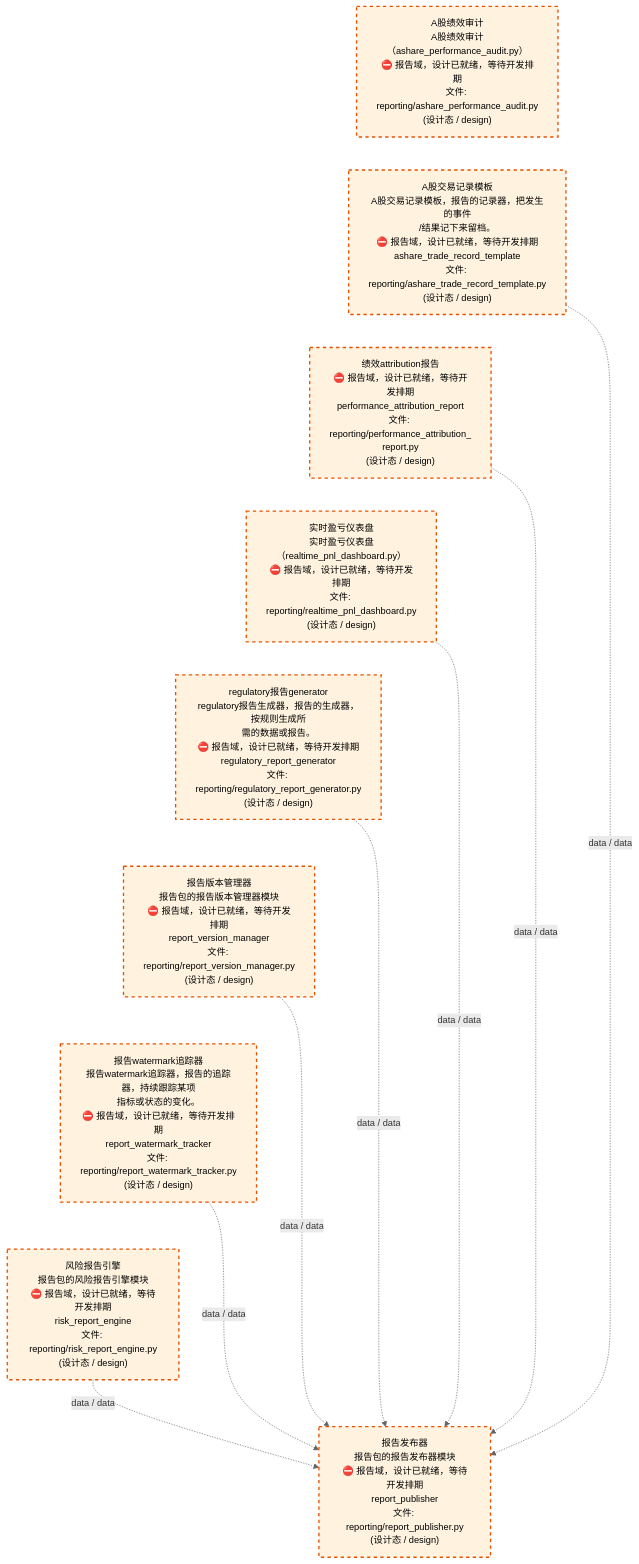
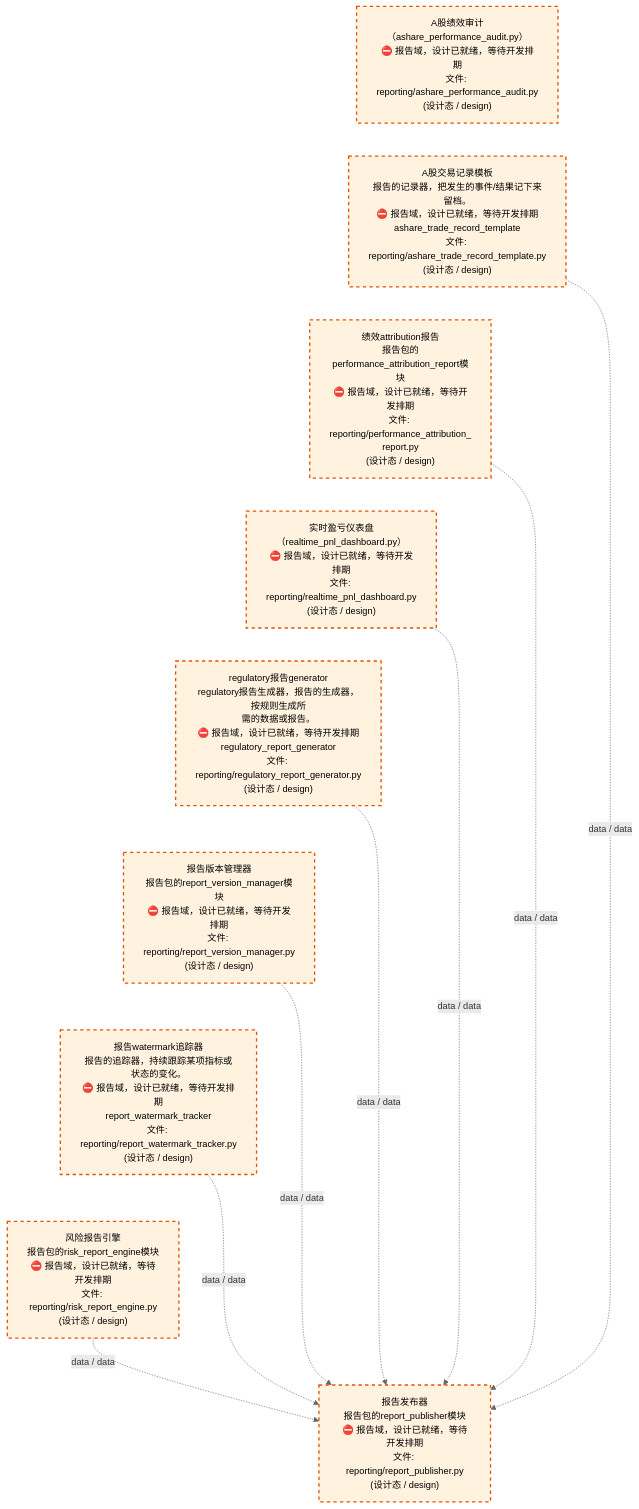
One commit to xuanFelixVan/ZephyrAlpha changed the third of 4 diagrams in docs/02_enterprise_architecture/02_domain_architecture_docs/26_d_reporting.md. Above: the diagram before and after it, drawn with Mermaid. The commit also changed other lines of this file and 61 other files, not shown here.

````diff
--- a/docs/02_enterprise_architecture/02_domain_architecture_docs/26_d_reporting.md
+++ b/docs/02_enterprise_architecture/02_domain_architecture_docs/26_d_reporting.md
@@ -137,32 +137,32 @@
 ```mermaid
 %%{init: {'theme': 'base', 'themeVariables': {'primaryColor': '#eaeaea', 'primaryTextColor': '#333333', 'primaryBorderColor': '#666666', 'lineColor': '#666666', 'secondaryColor': '#eaeaea', 'tertiaryColor': '#eaeaea', 'fontSize': '14px'}}}%%
 flowchart TD
-    src_zephyr_reporting_ashare_performance_audit_py["A股绩效审计<br/>A股绩效审计（ashare_performance_audit.py）<br/>⛔ 报告域，设计已就绪，等待开发排期<br/>文件: reporting/ashare_performance_audit.py<br/>(设计态 / design)"]
-    src_zephyr_reporting_ashare_trade_record_template_py["A股交易记录模板<br/>A股交易记录模板，报告的记录器，把发生的事件<br/>/结果记下来留档。<br/>⛔ 报告域，设计已就绪，等待开发排期<br/>ashare_trade_record_template<br/>文件: reporting/ashare_trade_record_template.py<br/>(设计态 / design)"]
-    src_zephyr_reporting_performance_attribution_report_py["绩效attribution报告<br/>⛔ 报告域，设计已就绪，等待开发排期<br/>performance_attribution_report<br/>文件: reporting/performance_attribution_<br/>report.py<br/>(设计态 / design)"]
-    src_zephyr_reporting_realtime_pnl_dashboard_py["实时盈亏仪表盘<br/>实时盈亏仪表盘（realtime_pnl_dashboard.py）<br/>⛔ 报告域，设计已就绪，等待开发排期<br/>文件: reporting/realtime_pnl_dashboard.py<br/>(设计态 / design)"]
+    src_zephyr_reporting_ashare_performance_audit_py["A股绩效审计<br/>（ashare_performance_audit.py）<br/>⛔ 报告域，设计已就绪，等待开发排期<br/>文件: reporting/ashare_performance_audit.py<br/>(设计态 / design)"]
+    src_zephyr_reporting_ashare_trade_record_template_py["A股交易记录模板<br/>报告的记录器，把发生的事件/结果记下来留档。<br/>⛔ 报告域，设计已就绪，等待开发排期<br/>ashare_trade_record_template<br/>文件: reporting/ashare_trade_record_template.py<br/>(设计态 / design)"]
+    src_zephyr_reporting_performance_attribution_report_py["绩效attribution报告<br/>报告包的performance_attribution_report模块<br/>⛔ 报告域，设计已就绪，等待开发排期<br/>文件: reporting/performance_attribution_<br/>report.py<br/>(设计态 / design)"]
+    src_zephyr_reporting_realtime_pnl_dashboard_py["实时盈亏仪表盘<br/>（realtime_pnl_dashboard.py）<br/>⛔ 报告域，设计已就绪，等待开发排期<br/>文件: reporting/realtime_pnl_dashboard.py<br/>(设计态 / design)"]
     src_zephyr_reporting_regulatory_report_generator_py["regulatory报告generator<br/>regulatory报告生成器，报告的生成器，按规则生成所<br/>需的数据或报告。<br/>⛔ 报告域，设计已就绪，等待开发排期<br/>regulatory_report_generator<br/>文件: reporting/regulatory_report_generator.py<br/>(设计态 / design)"]
-    src_zephyr_reporting_report_version_manager_py["报告版本管理器<br/>报告包的报告版本管理器模块<br/>⛔ 报告域，设计已就绪，等待开发排期<br/>report_version_manager<br/>文件: reporting/report_version_manager.py<br/>(设计态 / design)"]
-    src_zephyr_reporting_report_watermark_tracker_py["报告watermark追踪器<br/>报告watermark追踪器，报告的追踪器，持续跟踪某项<br/>指标或状态的变化。<br/>⛔ 报告域，设计已就绪，等待开发排期<br/>report_watermark_tracker<br/>文件: reporting/report_watermark_tracker.py<br/>(设计态 / design)"]
-    src_zephyr_reporting_risk_report_engine_py["风险报告引擎<br/>报告包的风险报告引擎模块<br/>⛔ 报告域，设计已就绪，等待开发排期<br/>risk_report_engine<br/>文件: reporting/risk_report_engine.py<br/>(设计态 / design)"]
+    src_zephyr_reporting_report_version_manager_py["报告版本管理器<br/>报告包的report_version_manager模块<br/>⛔ 报告域，设计已就绪，等待开发排期<br/>文件: reporting/report_version_manager.py<br/>(设计态 / design)"]
+    src_zephyr_reporting_report_watermark_tracker_py["报告watermark追踪器<br/>报告的追踪器，持续跟踪某项指标或状态的变化。<br/>⛔ 报告域，设计已就绪，等待开发排期<br/>report_watermark_tracker<br/>文件: reporting/report_watermark_tracker.py<br/>(设计态 / design)"]
+    src_zephyr_reporting_risk_report_engine_py["风险报告引擎<br/>报告包的risk_report_engine模块<br/>⛔ 报告域，设计已就绪，等待开发排期<br/>文件: reporting/risk_report_engine.py<br/>(设计态 / design)"]
     src_zephyr_reporting_ashare_performance_audit_py ~~~ src_zephyr_reporting_ashare_trade_record_template_py
     src_zephyr_reporting_ashare_trade_record_template_py ~~~ src_zephyr_reporting_performance_attribution_report_py
     src_zephyr_reporting_performance_attribution_report_py ~~~ src_zephyr_reporting_realtime_pnl_dashboard_py
     src_zephyr_reporting_realtime_pnl_dashboard_py ~~~ src_zephyr_reporting_regulatory_report_generator_py
     src_zephyr_reporting_regulatory_report_generator_py ~~~ src_zephyr_reporting_report_version_manager_py
     src_zephyr_reporting_report_version_manager_py ~~~ src_zephyr_reporting_report_watermark_tracker_py
     src_zephyr_reporting_report_watermark_tracker_py ~~~ src_zephyr_reporting_risk_report_engine_py
-    src_zephyr_reporting_report_publisher_py["报告发布器<br/>报告包的报告发布器模块<br/>⛔ 报告域，设计已就绪，等待开发排期<br/>report_publisher<br/>文件: reporting/report_publisher.py<br/>(设计态 / design)"]
+    src_zephyr_reporting_report_publisher_py["报告发布器<br/>报告包的report_publisher模块<br/>⛔ 报告域，设计已就绪，等待开发排期<br/>文件: reporting/report_publisher.py<br/>(设计态 / design)"]
     src_zephyr_reporting_ashare_trade_record_template_py -.->|data / data| src_zephyr_reporting_report_publisher_py
     src_zephyr_reporting_realtime_pnl_dashboard_py -.->|data / data| src_zephyr_reporting_report_publisher_py
     src_zephyr_reporting_regulatory_report_generator_py -.->|data / data| src_zephyr_reporting_report_publisher_py
     src_zephyr_reporting_risk_report_engine_py -.->|data / data| src_zephyr_reporting_report_publisher_py
     src_zephyr_reporting_report_version_manager_py -.->|data / data| src_zephyr_reporting_report_publisher_py
     src_zephyr_reporting_performance_attribution_report_py -.->|data / data| src_zephyr_reporting_report_publisher_py
     src_zephyr_reporting_report_watermark_tracker_py -.->|data / data| src_zephyr_reporting_report_publisher_py
     classDef production fill:#e1f5fe,stroke:#01579b,stroke-width:2px,color:#000
     classDef design fill:#fff3e0,stroke:#e65100,stroke-width:2px,color:#000,stroke-dasharray: 5 5
     classDef external_prod fill:#e8f4fd,stroke:#0277bd,stroke-width:1px,color:#000
     classDef external_design fill:#fff8e7,stroke:#ef6c00,stroke-width:1px,color:#000,stroke-dasharray: 5 5
     class src_zephyr_reporting_ashare_performance_audit_py,src_zephyr_reporting_ashare_trade_record_template_py,src_zephyr_reporting_performance_attribution_report_py,src_zephyr_reporting_realtime_pnl_dashboard_py,src_zephyr_reporting_regulatory_report_generator_py,src_zephyr_reporting_report_publisher_py,src_zephyr_reporting_report_version_manager_py,src_zephyr_reporting_report_watermark_tracker_py,src_zephyr_reporting_risk_report_engine_py design
 ```
````
